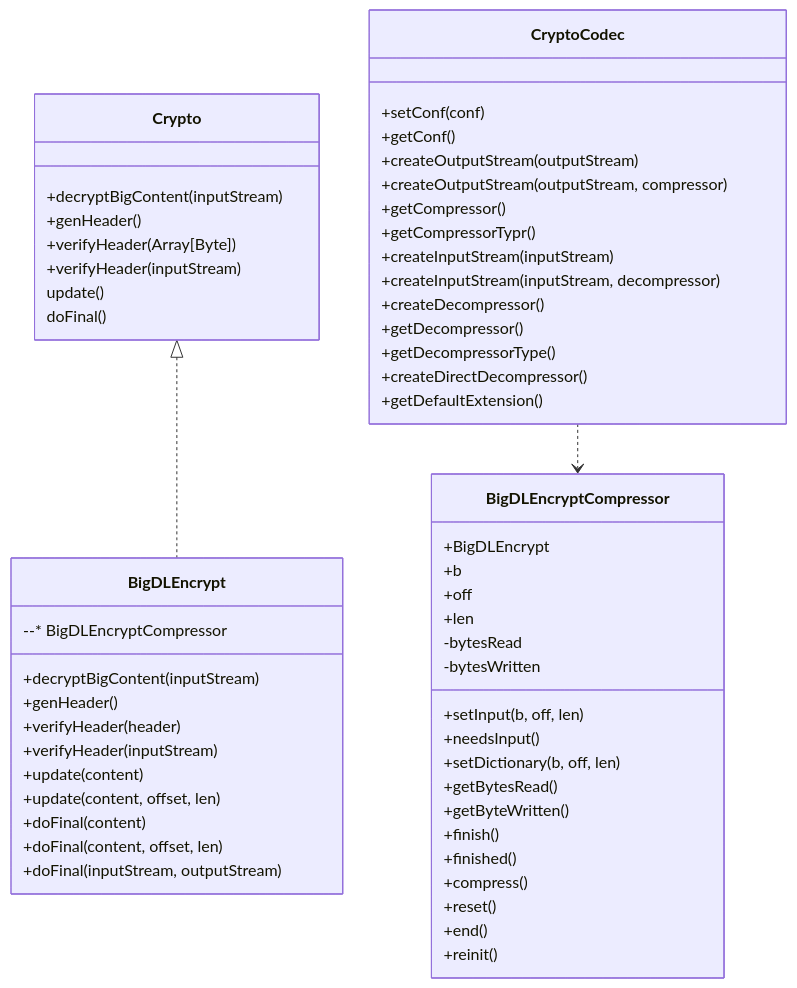
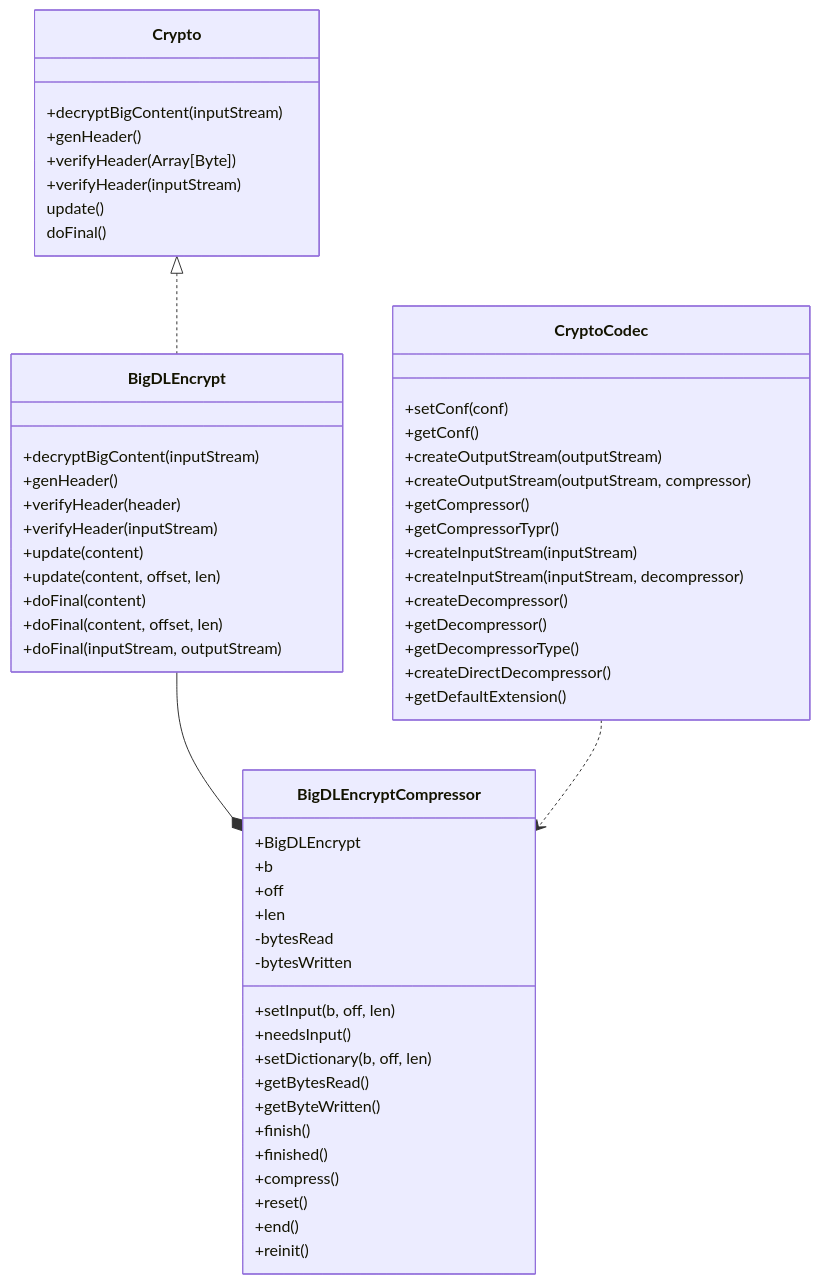
One commit to intel-analytics/ipex-llm changed the diagram in scala/ppml/src/main/scala/com/intel/analytics/bigdl/ppml/crypto/README.md. Above: the diagram before and after it, drawn with Mermaid.

````diff
--- a/scala/ppml/src/main/scala/com/intel/analytics/bigdl/ppml/crypto/README.md
+++ b/scala/ppml/src/main/scala/com/intel/analytics/bigdl/ppml/crypto/README.md
@@ -1,59 +1,59 @@
 ```mermaid
 classDiagram
 
     Crypto <|.. BigDLEncrypt
     Crypto: +decryptBigContent(inputStream)
     Crypto: +genHeader()
     Crypto: +verifyHeader(Array[Byte])
     Crypto: +verifyHeader(inputStream)
     Crypto: update()
     Crypto: doFinal()
 
-    BigDLEncrypt: --* BigDLEncryptCompressor
+    BigDLEncrypt --* BigDLEncryptCompressor
     BigDLEncrypt: +decryptBigContent(inputStream)
     BigDLEncrypt: +genHeader()
     BigDLEncrypt: +verifyHeader(header)
     BigDLEncrypt: +verifyHeader(inputStream)
     BigDLEncrypt: +update(content)
     BigDLEncrypt: +update(content, offset, len)
     BigDLEncrypt: +doFinal(content)
     BigDLEncrypt: +doFinal(content, offset, len)
     BigDLEncrypt: +doFinal(inputStream, outputStream)
 
 
     CryptoCodec ..> BigDLEncryptCompressor
     CryptoCodec: +setConf(conf)
     CryptoCodec: +getConf()
     CryptoCodec: +createOutputStream(outputStream)
     CryptoCodec: +createOutputStream(outputStream, compressor)
     CryptoCodec: +getCompressor()
     CryptoCodec: +getCompressorTypr()
     CryptoCodec: +createInputStream(inputStream)
     CryptoCodec: +createInputStream(inputStream, decompressor)
     CryptoCodec: +createDecompressor()
     CryptoCodec: +getDecompressor()
     CryptoCodec: +getDecompressorType()
     CryptoCodec: +createDirectDecompressor()
     CryptoCodec: +getDefaultExtension()
 
     BigDLEncryptCompressor: +BigDLEncrypt
     BigDLEncryptCompressor: +b
     BigDLEncryptCompressor: +off
     BigDLEncryptCompressor: +len
     BigDLEncryptCompressor: -bytesRead
     BigDLEncryptCompressor: -bytesWritten
     BigDLEncryptCompressor: +setInput(b, off, len)
     BigDLEncryptCompressor: +needsInput()
     BigDLEncryptCompressor: +setDictionary(b, off, len)
     BigDLEncryptCompressor: +getBytesRead()
     BigDLEncryptCompressor: +getByteWritten()
     BigDLEncryptCompressor: +finish()
     BigDLEncryptCompressor: +finished()
     BigDLEncryptCompressor: +compress()
     BigDLEncryptCompressor: +reset()
     BigDLEncryptCompressor: +end()
     BigDLEncryptCompressor: +reinit()
 
 
 
 ```
````
